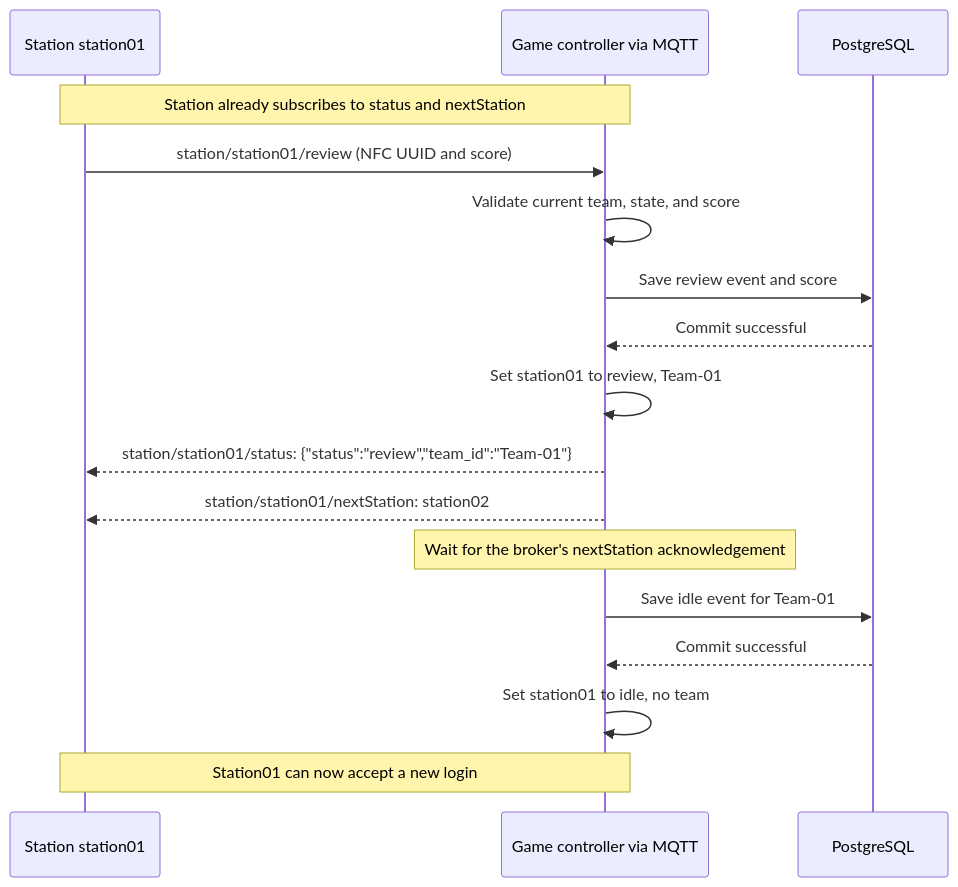
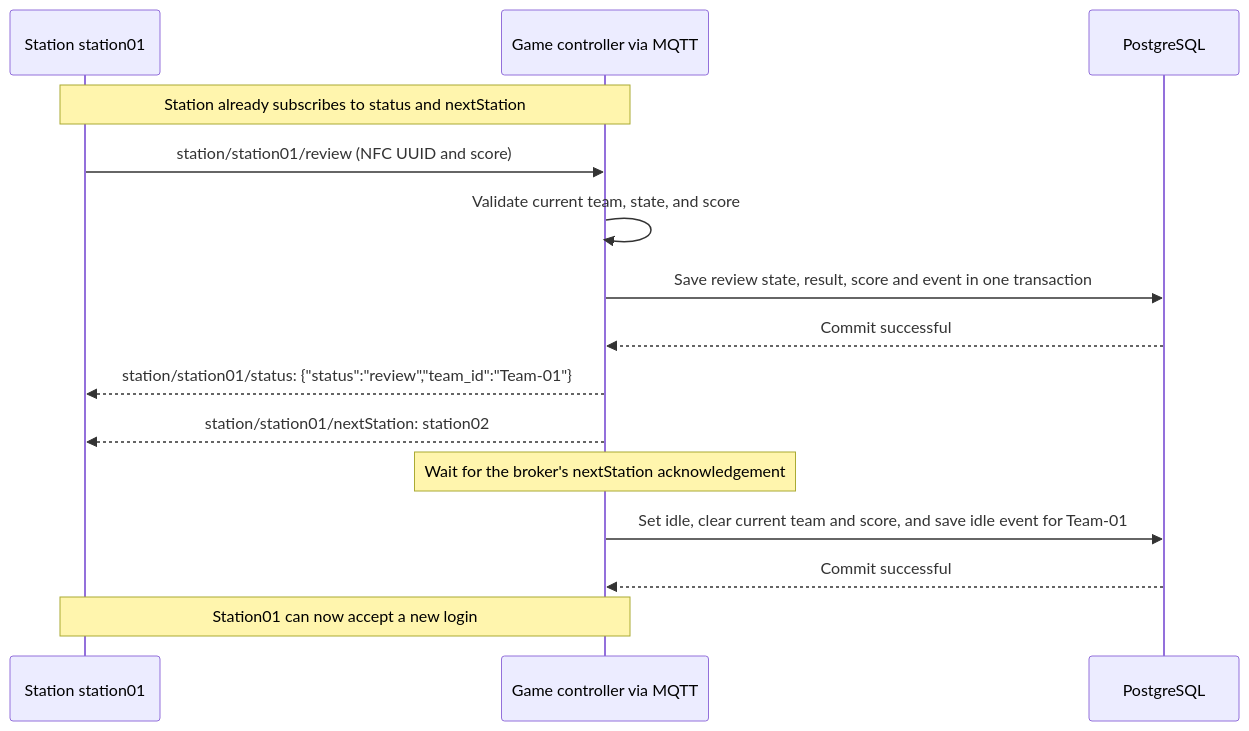
Before and after one commit to GnomUltras/backend: the fourth of 6 diagrams in README.md, drawn with Mermaid. The commit also changed other lines of this file and 1 other file, not shown here.

````diff
--- a/README.md
+++ b/README.md
@@ -264,20 +296,18 @@
 ```mermaid
 sequenceDiagram
     participant S as Station station01
     participant C as Game controller via MQTT
     participant D as PostgreSQL
 
     Note over S,C: Station already subscribes to status and nextStation
     S->>C: station/station01/review (NFC UUID and score)
     C->>C: Validate current team, state, and score
-    C->>D: Save review event and score
+    C->>D: Save review state, result, score and event in one transaction
     D-->>C: Commit successful
-    C->>C: Set station01 to review, Team-01
     C-->>S: station/station01/status: {"status":"review","team_id":"Team-01"}
     C-->>S: station/station01/nextStation: station02
     Note over C: Wait for the broker's nextStation acknowledgement
-    C->>D: Save idle event for Team-01
+    C->>D: Set idle, clear current team and score, and save idle event for Team-01
     D-->>C: Commit successful
-    C->>C: Set station01 to idle, no team
     Note over S,C: Station01 can now accept a new login
 ```
````
